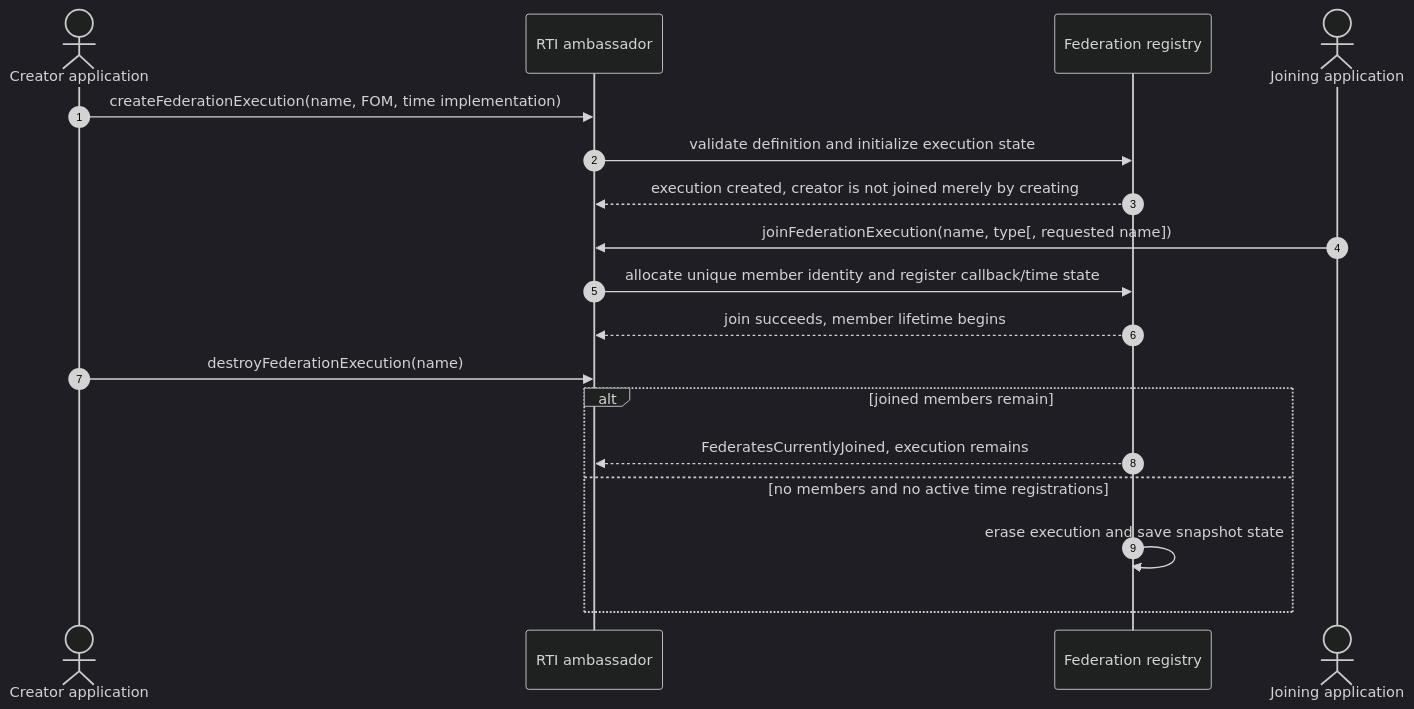
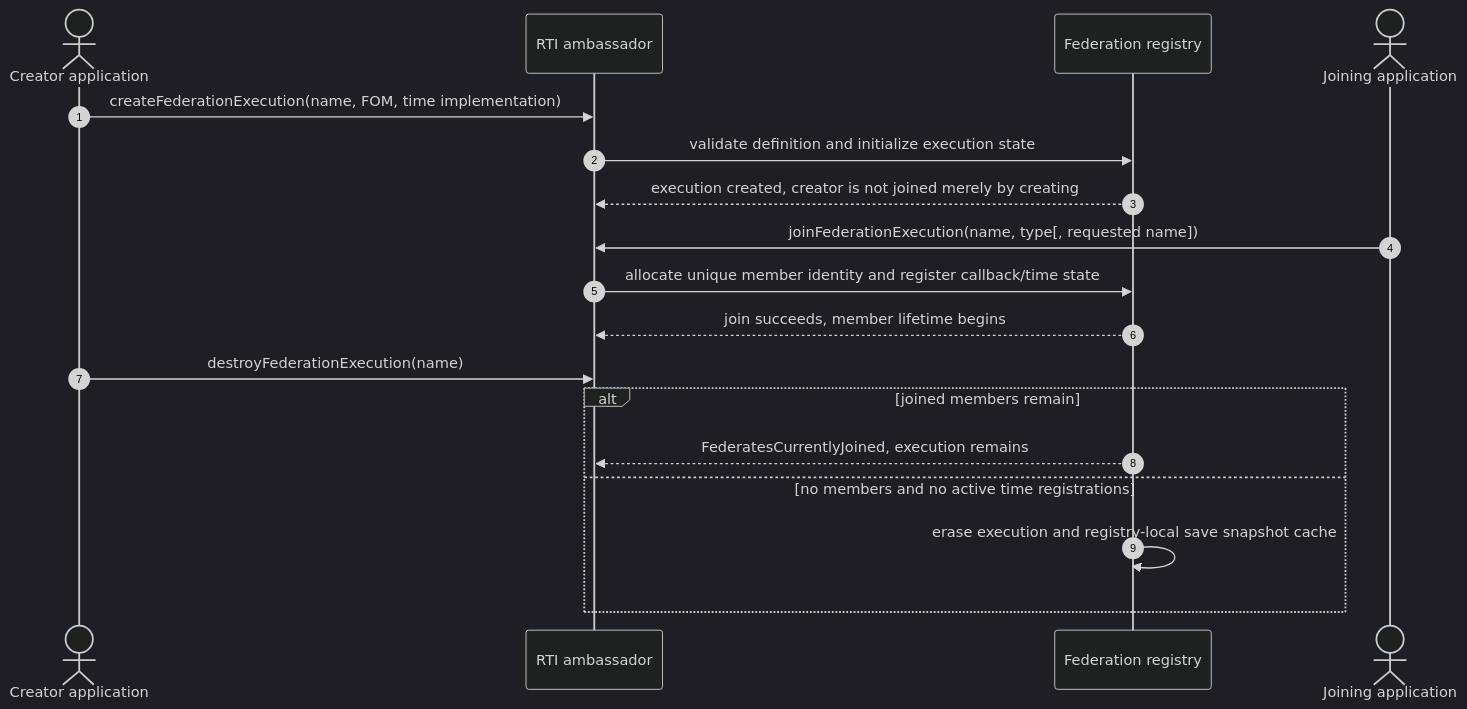
Diagram 12 of 31 in docs/design/HLA-2025-FEDERATION-AND-FEDERATE-LIFECYCLE-FLOW-GUIDE.md (sheepfling/umbra), drawn with Mermaid (dark theme) before and after one commit. The commit also changed other lines of this file and 39 other files, not shown here.

Commit message:
Document IEEE 1516.1-2025 behavior flows

````diff
--- a/docs/design/HLA-2025-FEDERATION-AND-FEDERATE-LIFECYCLE-FLOW-GUIDE.md
+++ b/docs/design/HLA-2025-FEDERATION-AND-FEDERATE-LIFECYCLE-FLOW-GUIDE.md
@@ -312,21 +700,21 @@
 ```mermaid
 sequenceDiagram
   autonumber
   actor Creator as Creator application
   participant RTI as RTI ambassador
   participant Registry as Federation registry
   actor Joiner as Joining application
 
   Creator->>RTI: createFederationExecution(name, FOM, time implementation)
   RTI->>Registry: validate definition and initialize execution state
   Registry-->>RTI: execution created, creator is not joined merely by creating
   Joiner->>RTI: joinFederationExecution(name, type[, requested name])
   RTI->>Registry: allocate unique member identity and register callback/time state
   Registry-->>RTI: join succeeds, member lifetime begins
   Creator->>RTI: destroyFederationExecution(name)
   alt joined members remain
     Registry-->>RTI: FederatesCurrentlyJoined, execution remains
   else no members and no active time registrations
-    Registry->>Registry: erase execution and save snapshot state
+    Registry->>Registry: erase execution and registry-local save snapshot cache
   end
 ```
````
